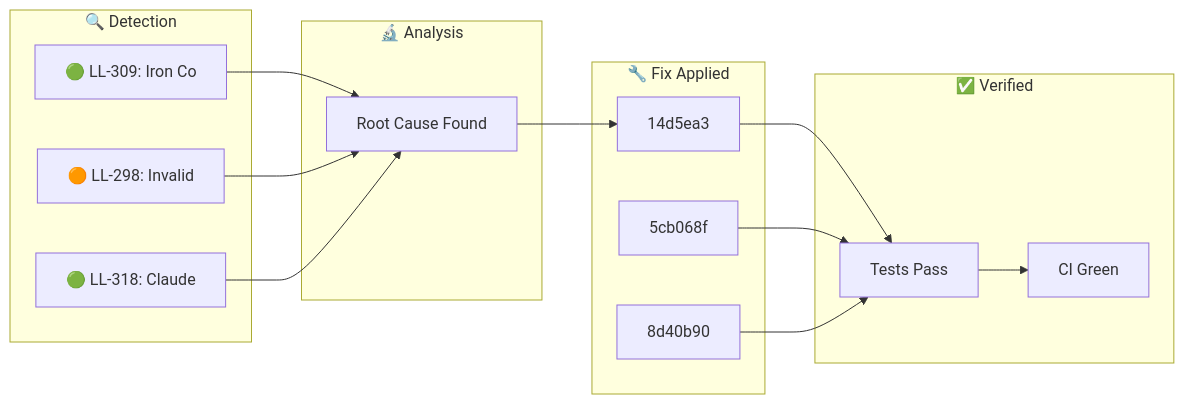
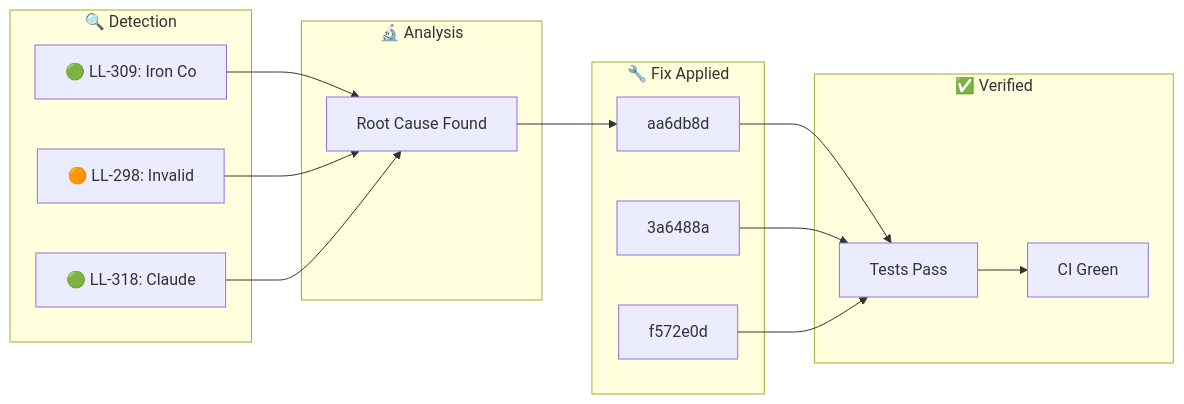
One commit to YoByron/trading changed the diagram in docs/_posts/2026-01-30-ralph-discovery.md. Above: the diagram before and after it, drawn with Mermaid. The commit also changed other lines of this file, not shown here.

````diff
--- a/docs/_posts/2026-01-30-ralph-discovery.md
+++ b/docs/_posts/2026-01-30-ralph-discovery.md
@@ -17,28 +17,28 @@
 ```mermaid
 flowchart LR
     subgraph Detection["🔍 Detection"]
         D1["🟢 LL-309: Iron Co"]
         D2["🟠 LL-298: Invalid"]
         D3["🟢 LL-318: Claude "]
     end
     subgraph Analysis["🔬 Analysis"]
         A1["Root Cause Found"]
     end
     subgraph Fix["🔧 Fix Applied"]
-        F1["14d5ea3"]
-        F2["5cb068f"]
-        F3["8d40b90"]
+        F1["aa6db8d"]
+        F2["3a6488a"]
+        F3["f572e0d"]
     end
     subgraph Verify["✅ Verified"]
         V1["Tests Pass"]
         V2["CI Green"]
     end
     D1 --> A1
     D2 --> A1
     D3 --> A1
     A1 --> F1
     F1 --> V1
     F2 --> V1
     F3 --> V1
     V1 --> V2
 ```
````
